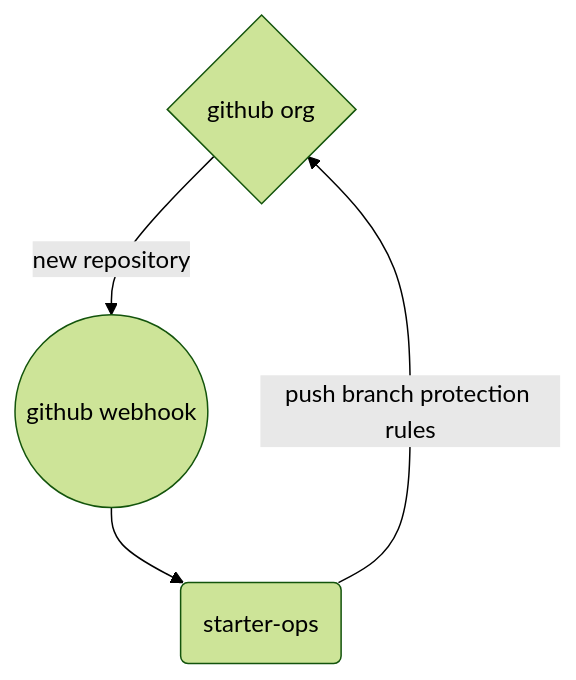
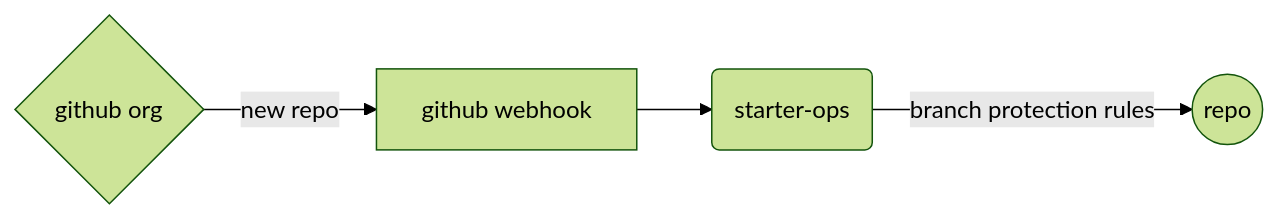
The diagram in README.md (tomsbakery/starter-ops), drawn with Mermaid (forest theme) before and after one commit.

````diff
--- a/README.md
+++ b/README.md
@@ -26,6 +26,6 @@
 ```mermaid
-graph TD
-A{github org} -- new repository --> B((github webhook))
+graph LR
+A{github org} -- new repo --> B[github webhook]
 B --> C(starter-ops)
-C -- push branch protection rules --> A
+C -- branch protection rules --> D((repo))
 ```
````
